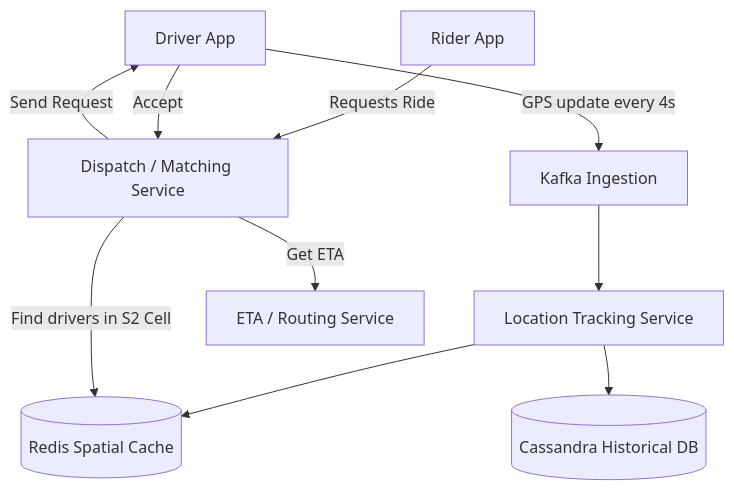
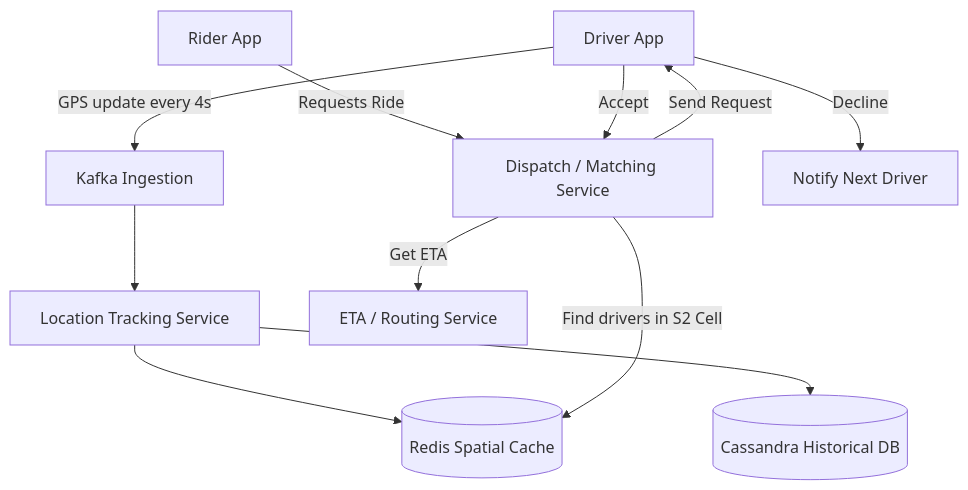
Before and after one commit to akshay-k-r/Interview-Prep-Resource: the diagram in src/pages/02-hld/case-studies/uber.mdx, drawn with Mermaid. The commit also changed other lines of this file and 179 other files, not shown here.

````diff
--- a/src/pages/02-hld/case-studies/uber.mdx
+++ b/src/pages/02-hld/case-studies/uber.mdx
@@ -36,15 +244,16 @@
 ```mermaid
 graph TD
     Driver[Driver App] -->|GPS update every 4s| Kafka1[Kafka Ingestion]
     Kafka1 --> LocationService[Location Tracking Service]
     LocationService --> Redis[(Redis Spatial Cache)]
     LocationService --> Cassandra[(Cassandra Historical DB)]
     
     Rider[Rider App] -->|Requests Ride| Dispatch[Dispatch / Matching Service]
     
     Dispatch -->|Find drivers in S2 Cell| Redis
     Dispatch -->|Get ETA| Routing[ETA / Routing Service]
     
     Dispatch -->|Send Request| Driver
     Driver -->|Accept| Dispatch
+    Driver -->|Decline| Dispatch2[Notify Next Driver]
 ```
````
